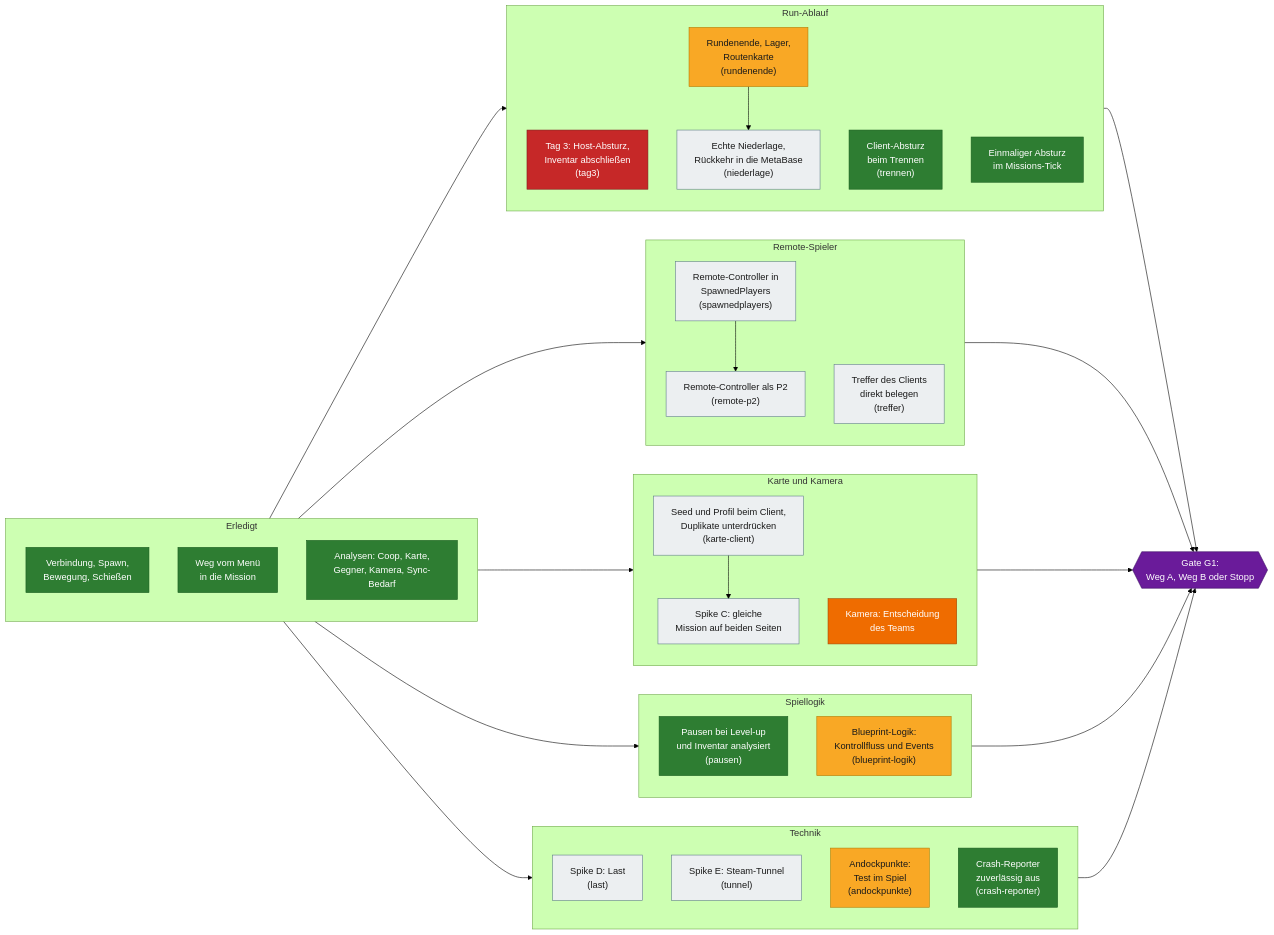
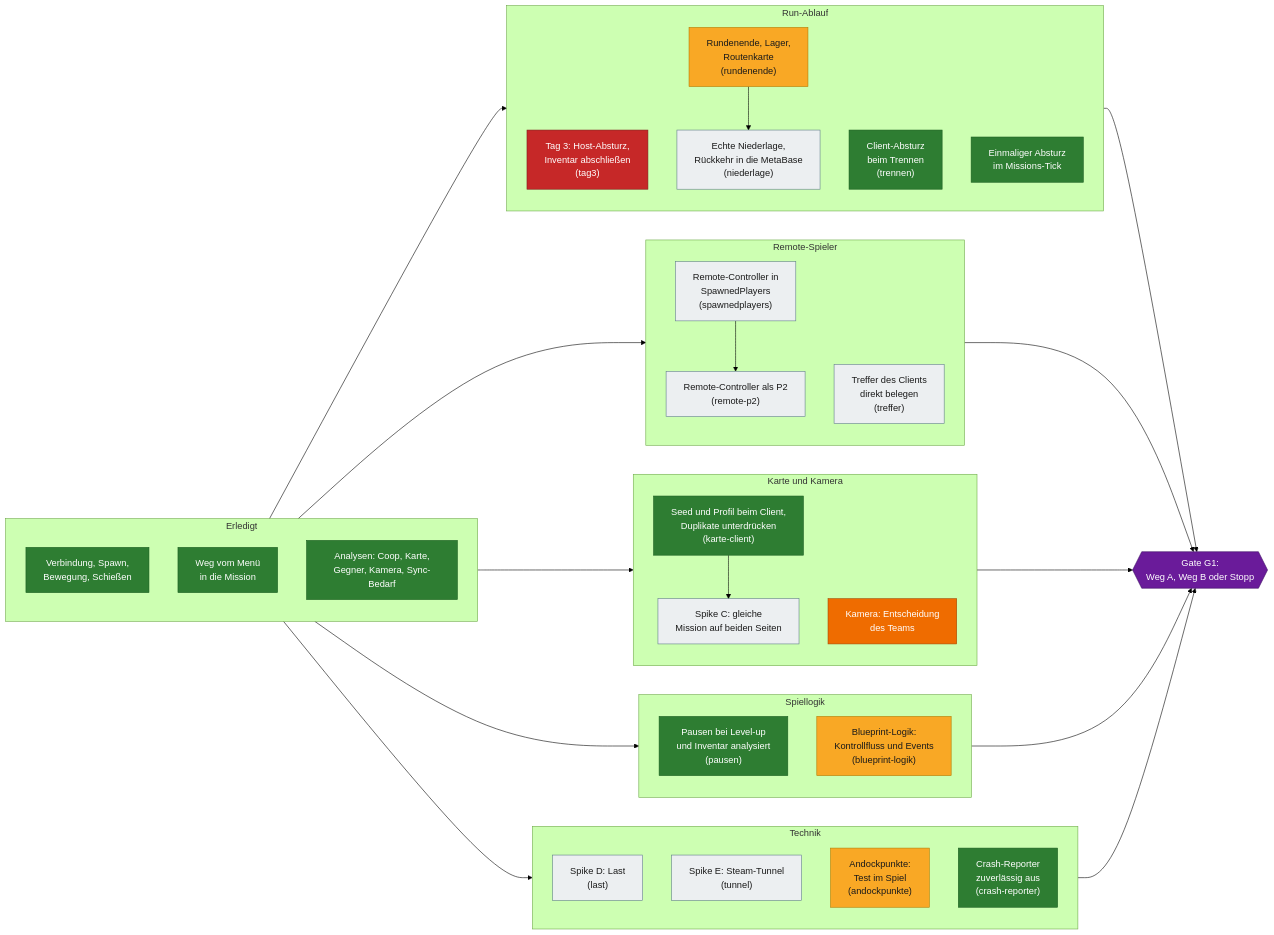
One commit to VitaminStack/Deadly-Days-Roadtrip-Multiplayer-Mod changed the second of 4 diagrams in docs/ROADMAP.md. Above: the diagram before and after it, drawn with Mermaid (forest theme). The commit also changed 8 other files, not shown here.

First line of the commit message:
karte-client: Client erzeugt die Host-Karte, keine doppelten Kartenobjekte (#37)

````diff
--- a/docs/ROADMAP.md
+++ b/docs/ROADMAP.md
@@ -71,64 +71,64 @@
 ```mermaid
 flowchart LR
     subgraph BASIS["Erledigt"]
         A1["Verbindung, Spawn,<br/>Bewegung, Schießen"]:::done
         A2["Weg vom Menü<br/>in die Mission"]:::done
         A3["Analysen: Coop, Karte,<br/>Gegner, Kamera, Sync-Bedarf"]:::done
     end
 
     subgraph RUN["Run-Ablauf"]
         T3["Tag 3: Host-Absturz,<br/>Inventar abschließen<br/>(tag3)"]:::blocker
         RE["Rundenende, Lager,<br/>Routenkarte<br/>(rundenende)"]:::wip
         NI["Echte Niederlage,<br/>Rückkehr in die MetaBase<br/>(niederlage)"]:::open
         TR["Client-Absturz<br/>beim Trennen<br/>(trennen)"]:::done
         MT["Einmaliger Absturz<br/>im Missions-Tick"]:::done
         RE --> NI
     end
 
     subgraph SPIELER["Remote-Spieler"]
         SP["Remote-Controller in<br/>SpawnedPlayers<br/>(spawnedplayers)"]:::open
         RP["Remote-Controller als P2<br/>(remote-p2)"]:::open
         TF["Treffer des Clients<br/>direkt belegen<br/>(treffer)"]:::open
         SP --> RP
     end
 
     subgraph WELT["Karte und Kamera"]
-        KC["Seed und Profil beim Client,<br/>Duplikate unterdrücken<br/>(karte-client)"]:::open
+        KC["Seed und Profil beim Client,<br/>Duplikate unterdrücken<br/>(karte-client)"]:::done
         SC["Spike C: gleiche<br/>Mission auf beiden Seiten"]:::open
         KE["Kamera: Entscheidung<br/>des Teams"]:::decision
         KC --> SC
     end
 
     subgraph LOGIK["Spiellogik"]
         PA["Pausen bei Level-up<br/>und Inventar analysiert<br/>(pausen)"]:::done
         BP["Blueprint-Logik:<br/>Kontrollfluss und Events<br/>(blueprint-logik)"]:::wip
     end
 
     subgraph TECHNIK["Technik"]
         LA["Spike D: Last<br/>(last)"]:::open
         TU["Spike E: Steam-Tunnel<br/>(tunnel)"]:::open
         AP["Andockpunkte:<br/>Test im Spiel<br/>(andockpunkte)"]:::wip
         CR["Crash-Reporter<br/>zuverlässig aus<br/>(crash-reporter)"]:::done
     end
 
     BASIS --> RUN
     BASIS --> SPIELER
     BASIS --> WELT
     BASIS --> LOGIK
     BASIS --> TECHNIK
 
     RUN --> G1
     SPIELER --> G1
     WELT --> G1
     LOGIK --> G1
     TECHNIK --> G1
 
     G1{{"Gate G1:<br/>Weg A, Weg B oder Stopp"}}:::gate
 
     classDef done fill:#2e7d32,stroke:#1b5e20,color:#ffffff
     classDef wip fill:#f9a825,stroke:#b27a00,color:#1a1a1a
     classDef open fill:#eceff1,stroke:#607d8b,color:#1a1a1a
     classDef blocker fill:#c62828,stroke:#7f1d1d,color:#ffffff
     classDef decision fill:#ef6c00,stroke:#a34800,color:#ffffff
     classDef gate fill:#6a1b9a,stroke:#3e1163,color:#ffffff
 ```
````
